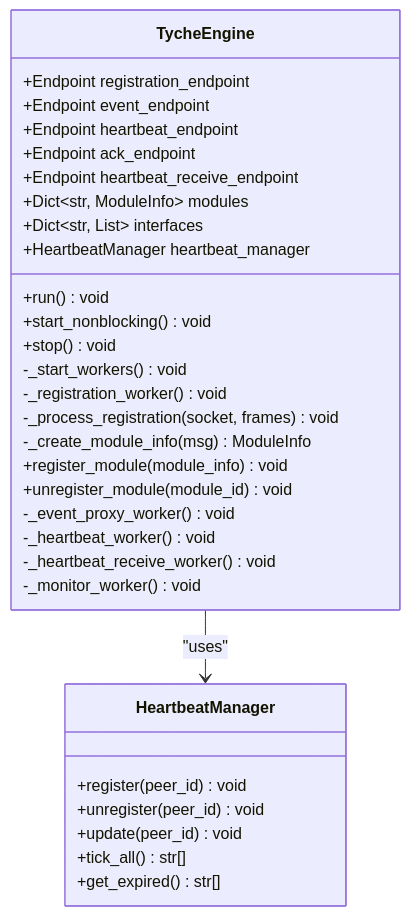
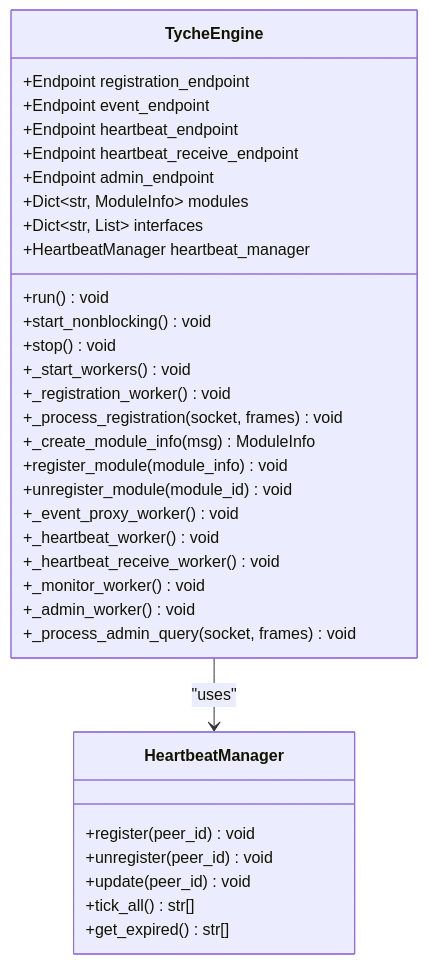
The third of 11 diagrams in .qoder/repowiki/en/content/Architecture Overview/Architecture Overview.md (zt281/TycheEngine), drawn with Mermaid before and after one commit. The commit also changed other lines of this file and 33 other files, not shown here.

````diff
--- a/.qoder/repowiki/en/content/Architecture Overview/Architecture Overview.md
+++ b/.qoder/repowiki/en/content/Architecture Overview/Architecture Overview.md
@@ -167,34 +239,36 @@
 ```mermaid
 classDiagram
 class TycheEngine {
 +Endpoint registration_endpoint
 +Endpoint event_endpoint
 +Endpoint heartbeat_endpoint
-+Endpoint ack_endpoint
 +Endpoint heartbeat_receive_endpoint
++Endpoint admin_endpoint
 +Dict~str, ModuleInfo~ modules
 +Dict~str, List~ interfaces
 +HeartbeatManager heartbeat_manager
 +run() void
 +start_nonblocking() void
 +stop() void
--_start_workers() void
--_registration_worker() void
--_process_registration(socket, frames) void
--_create_module_info(msg) ModuleInfo
++_start_workers() void
++_registration_worker() void
++_process_registration(socket, frames) void
++_create_module_info(msg) ModuleInfo
 +register_module(module_info) void
 +unregister_module(module_id) void
--_event_proxy_worker() void
--_heartbeat_worker() void
--_heartbeat_receive_worker() void
--_monitor_worker() void
++_event_proxy_worker() void
++_heartbeat_worker() void
++_heartbeat_receive_worker() void
++_monitor_worker() void
++_admin_worker() void
++_process_admin_query(socket, frames) void
 }
 class HeartbeatManager {
 +register(peer_id) void
 +unregister(peer_id) void
 +update(peer_id) void
 +tick_all() str[]
 +get_expired() str[]
 }
 TycheEngine --> HeartbeatManager : "uses"
 ```
````
